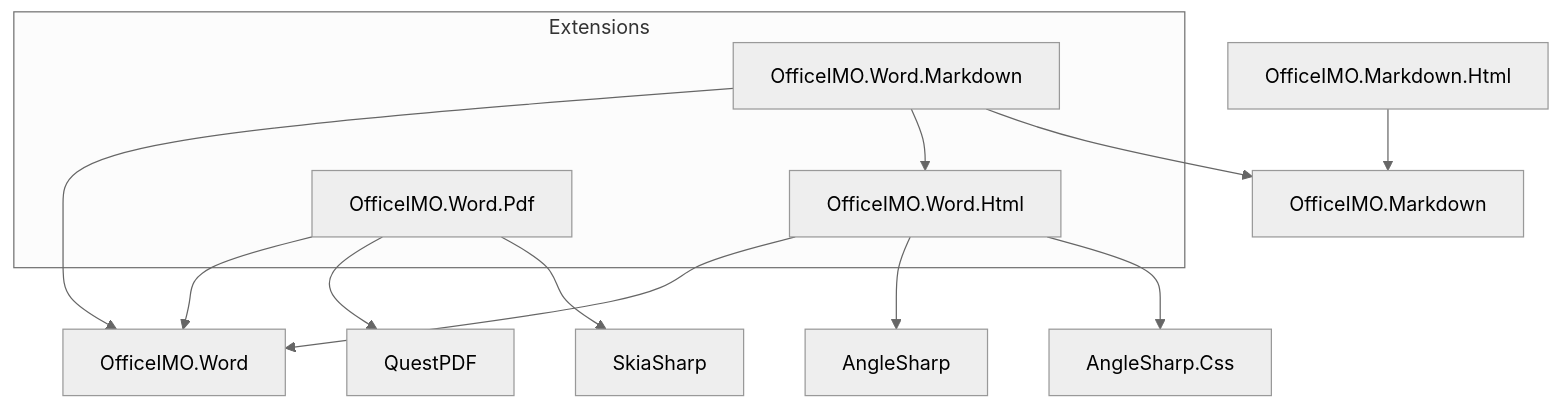
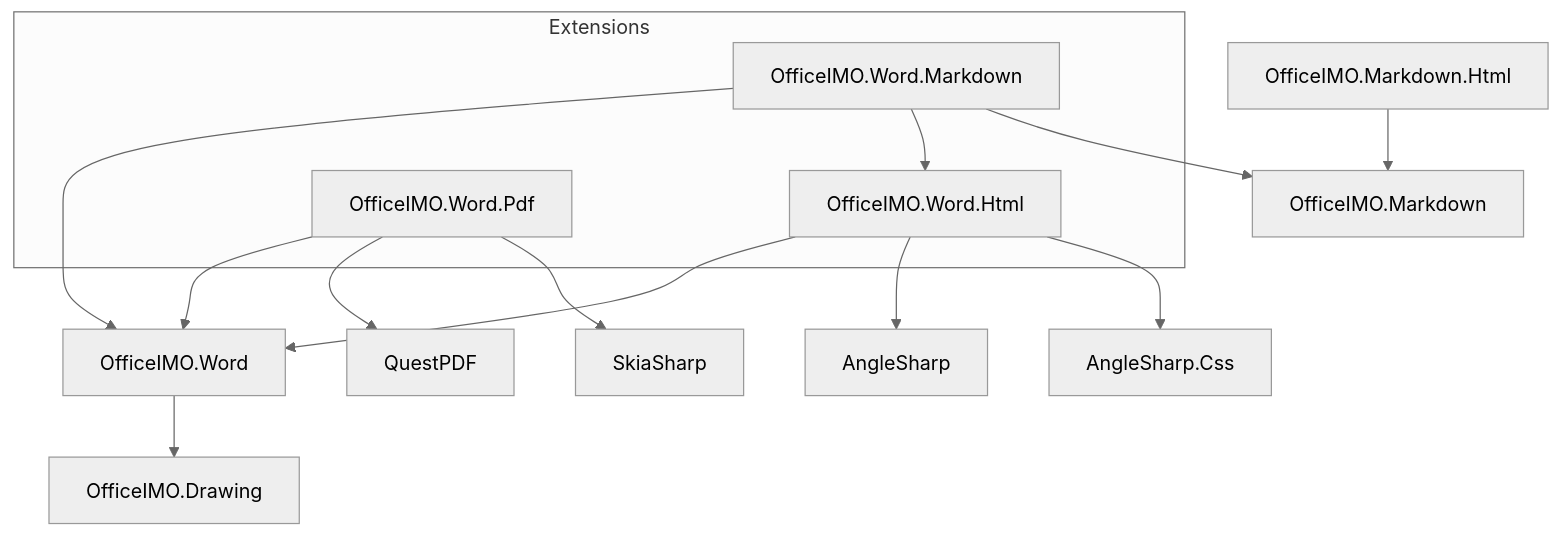
The first of 5 diagrams in README.md (EvotecIT/OfficeIMO), drawn with Mermaid (neutral theme) before and after one commit. The commit also changed other lines of this file and 257 other files, not shown here.

First line of the commit message:
Add shared OfficeIMO drawing layer (#1783)

````diff
--- a/README.md
+++ b/README.md
@@ -112,28 +115,30 @@
 ```mermaid
 flowchart TB
   WCore["OfficeIMO.Word"]
+  Drawing["OfficeIMO.Drawing"]
   subgraph Extensions
     WHtml["OfficeIMO.Word.Html"]
     WMd["OfficeIMO.Word.Markdown"]
     WPdf["OfficeIMO.Word.Pdf"]
   end
 
   Angle["AngleSharp"]
   AngleCss["AngleSharp.Css"]
   Md["OfficeIMO.Markdown"]
   MdHtml["OfficeIMO.Markdown.Html"]
   Quest["QuestPDF"]
   Skia["SkiaSharp"]
 
+  WCore --> Drawing
   WHtml --> WCore
   WMd --> WCore
   WPdf --> WCore
 
   WMd --> WHtml
   WHtml --> Angle
   WHtml --> AngleCss
   MdHtml --> Md
   WMd --> Md
   WPdf --> Quest
   WPdf --> Skia
 ```
````
